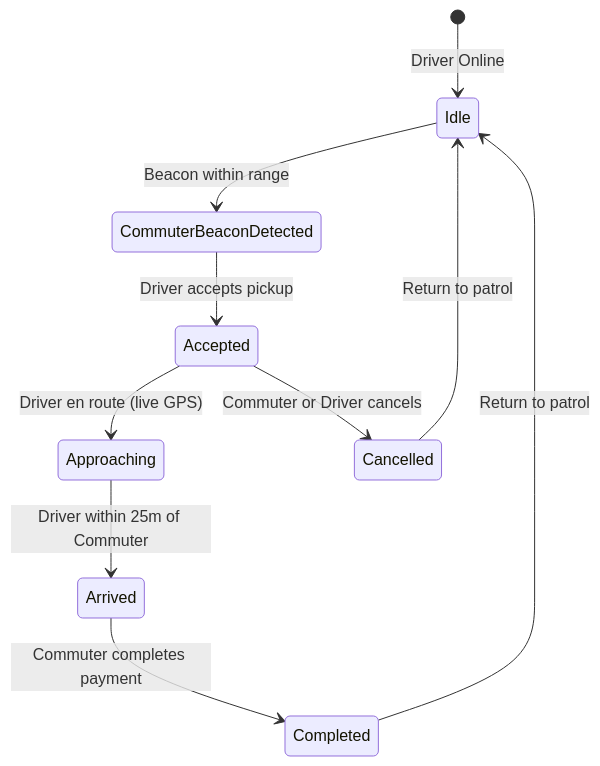
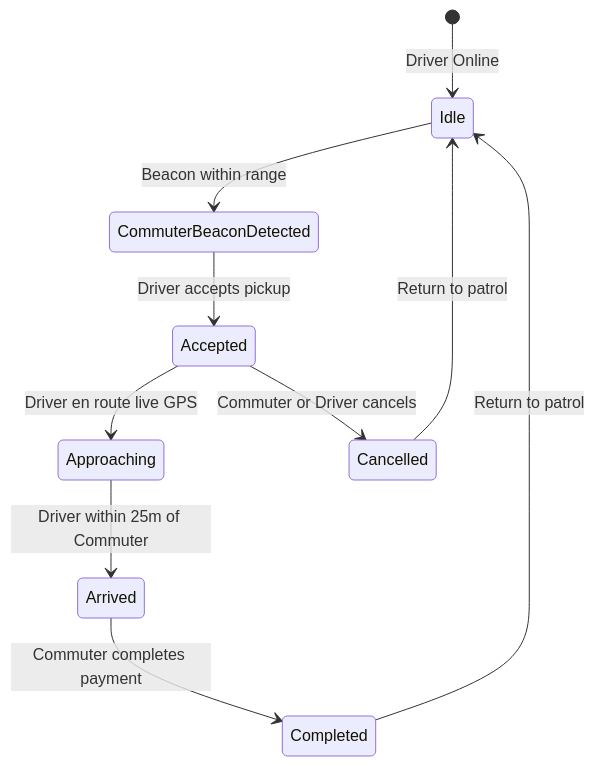
The sixth of 9 diagrams in docs/FLOWCHARTS.md (zneright/mobilis), drawn with Mermaid before and after one commit. The commit also changed other lines of this file and 1 other file, not shown here.

````diff
--- a/docs/FLOWCHARTS.md
+++ b/docs/FLOWCHARTS.md
@@ -148,12 +148,12 @@
 ```mermaid
 stateDiagram-v2
     [*] --> Idle : Driver Online
     Idle --> CommuterBeaconDetected : Beacon within range
     CommuterBeaconDetected --> Accepted : Driver accepts pickup
-    Accepted --> Approaching : Driver en route (live GPS)
+    Accepted --> Approaching : Driver en route live GPS
     Approaching --> Arrived : Driver within 25m of Commuter
     Arrived --> Completed : Commuter completes payment
     Accepted --> Cancelled : Commuter or Driver cancels
     Completed --> Idle : Return to patrol
     Cancelled --> Idle : Return to patrol
 ```
````
